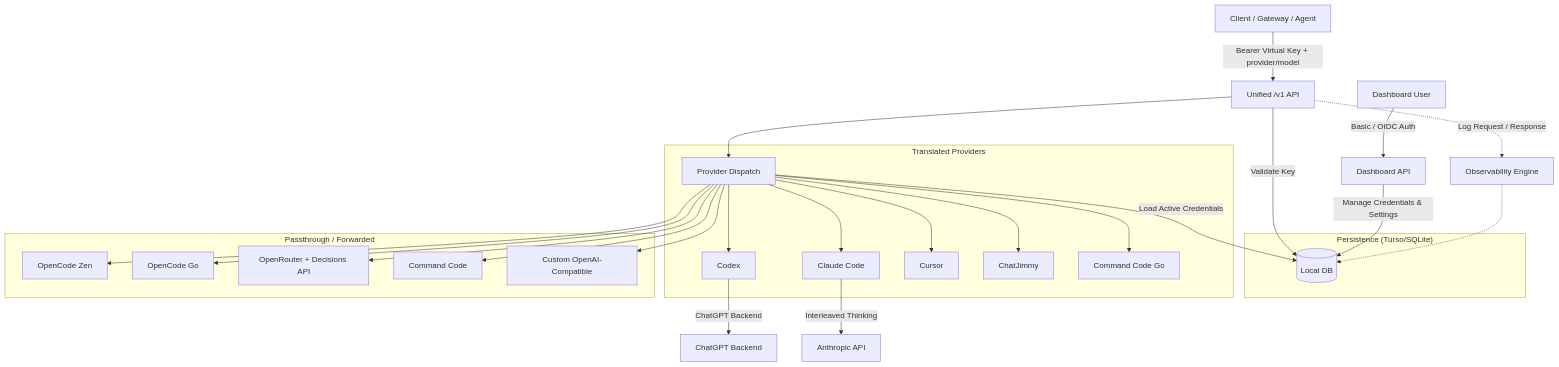
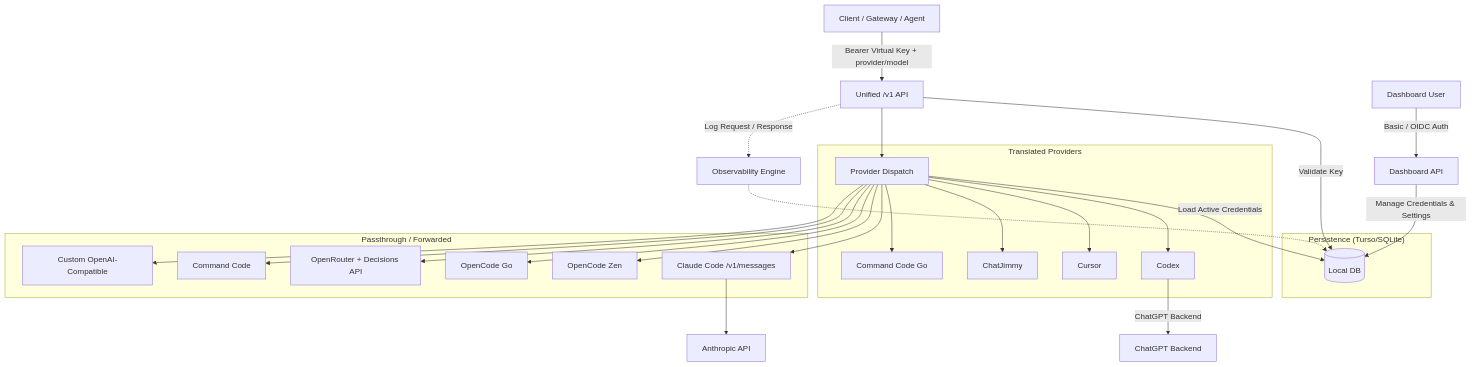
The first of 2 diagrams in docs/architecture.md (Delnegend/zero-g), drawn with Mermaid before and after one commit. The commit also changed other lines of this file and 5 other files, not shown here.

Commit message:
docs: add Claude Code and omp guide and update Claude behavior

````diff
--- a/docs/architecture.md
+++ b/docs/architecture.md
@@ -5,37 +5,37 @@
 ```mermaid
 flowchart TD
     Client[Client / Gateway / Agent] -->|Bearer Virtual Key + provider/model| V1["Unified /v1 API"]
     Admin[Dashboard User] -->|Basic / OIDC Auth| Dash[Dashboard API]
     
     subgraph Storage ["Persistence (Turso/SQLite)"]
         DB[(Local DB)]
     end
 
     V1 -->|Validate Key| DB
     Dash -->|Manage Credentials & Settings| DB
 
     V1 --> Dispatch[Provider Dispatch]
     Dispatch -->|Load Active Credentials| DB
 
     subgraph Translation ["Translated Providers"]
         Dispatch --> Codex[Codex]
-        Dispatch --> Claude[Claude Code]
         Dispatch --> Cursor[Cursor]
         Dispatch --> ChatJimmy[ChatJimmy]
         Dispatch --> CommandCodeGo[Command Code Go]
     end
 
     subgraph Passthrough ["Passthrough / Forwarded"]
+        Dispatch --> Claude[Claude Code /v1/messages]
         Dispatch --> Zen[OpenCode Zen]
         Dispatch --> Go[OpenCode Go]
         Dispatch --> OpenRouter[OpenRouter + Decisions API]
         Dispatch --> CommandCode[Command Code]
         Dispatch --> Custom[Custom OpenAI-Compatible]
     end
 
     Codex -->|ChatGPT Backend| OpenAI[ChatGPT Backend]
-    Claude -->|Interleaved Thinking| Anthropic[Anthropic API]
+    Claude --> Anthropic[Anthropic API]
     
     V1 -.->|Log Request / Response| Logs[Observability Engine]
     Logs -.-> DB
 ```
````
